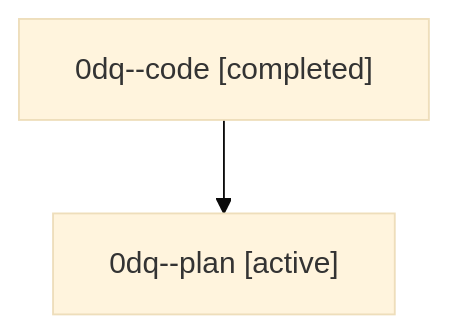
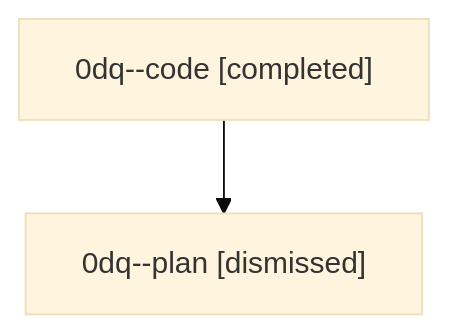
Before and after one commit to sase-org/sase--agents: the diagram in sessions/bbugyi200.athena.0dq.md, drawn with Mermaid (base theme). The commit also changed other lines of this file and 35 other files, not shown here.

````diff
--- a/sessions/bbugyi200.athena.0dq.md
+++ b/sessions/bbugyi200.athena.0dq.md
@@ -9,6 +9,6 @@
 ```mermaid
 flowchart TD
   n0["0dq--code [completed]"]
-  n1["0dq--plan [active]"]
+  n1["0dq--plan [dismissed]"]
   n0 --> n1
 ```
````
